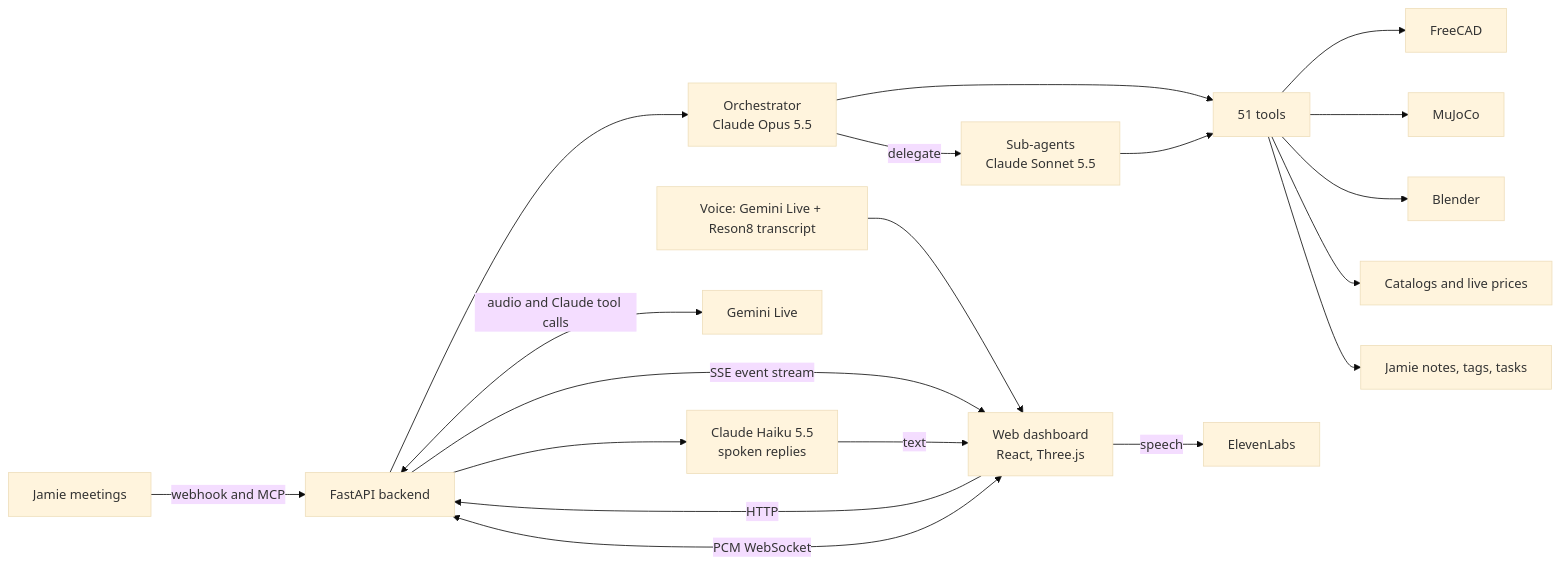
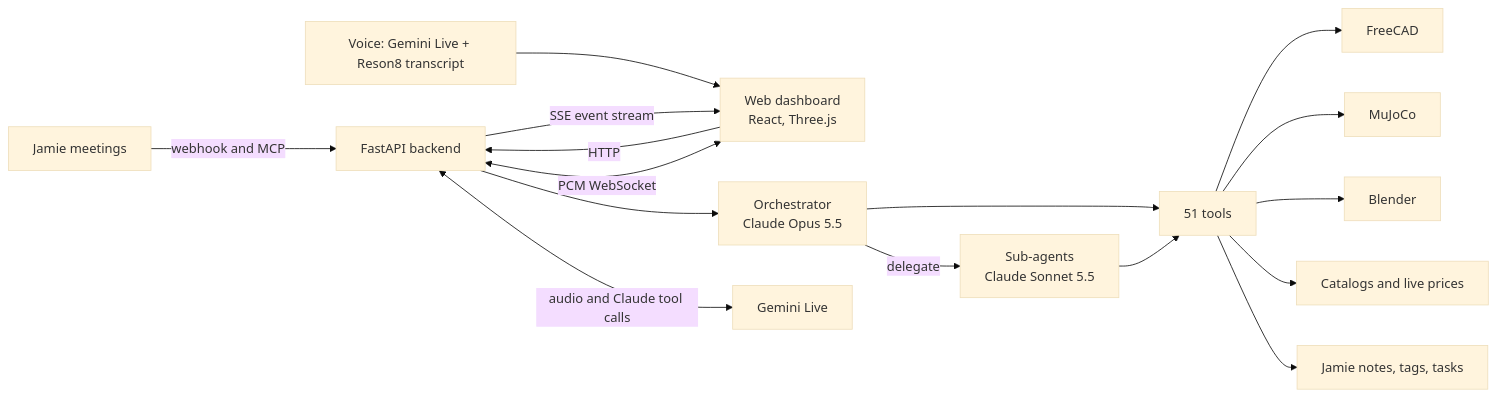
Before and after one commit to AnyBuildhackathon/bauplan: the diagram in README.md, drawn with Mermaid (base theme). The commit also changed other lines of this file and 27 other files, not shown here.

````diff
--- a/README.md
+++ b/README.md
@@ -42,21 +43,18 @@
 ```mermaid
 flowchart LR
     M[Jamie meetings] -->|webhook and MCP| B
     V[Voice: Gemini Live + Reson8 transcript] --> W
     W[Web dashboard<br/>React, Three.js] -->|HTTP| B[FastAPI backend]
     B -->|SSE event stream| W
     B --> O[Orchestrator<br/>Claude Opus 5.5]
     O -->|delegate| S[Sub-agents<br/>Claude Sonnet 5.5]
     O --> T[51 tools]
     S --> T
     T --> FC[FreeCAD]
     T --> MJ[MuJoCo]
     T --> BL[Blender]
     T --> PR[Catalogs and live prices]
     T --> J2[Jamie notes, tags, tasks]
     W <-->|PCM WebSocket| B
     B <-->|audio and Claude tool calls| G[Gemini Live]
-    B --> H[Claude Haiku 5.5<br/>spoken replies]
-    H -->|text| W
-    W -->|speech| E[ElevenLabs]
 ```
````
